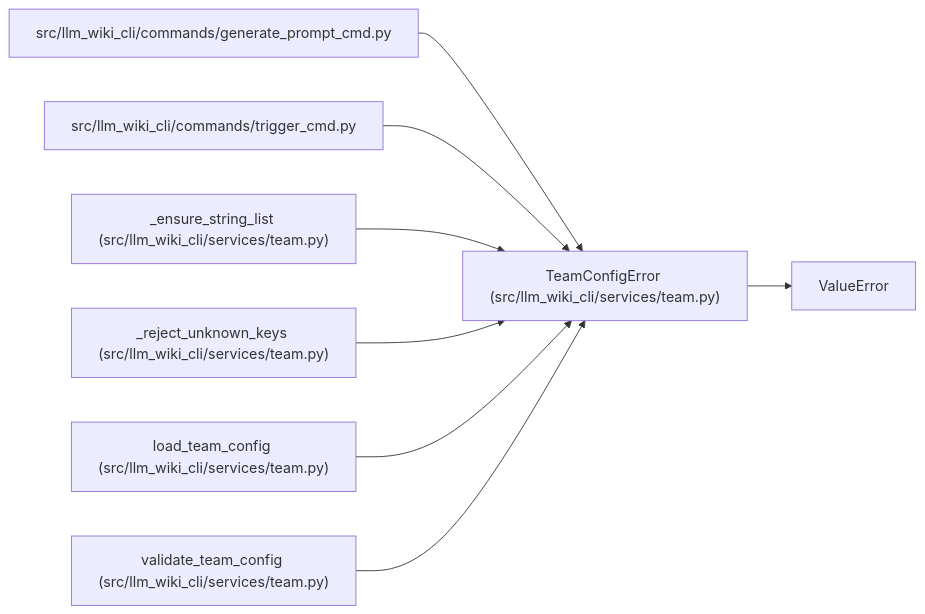
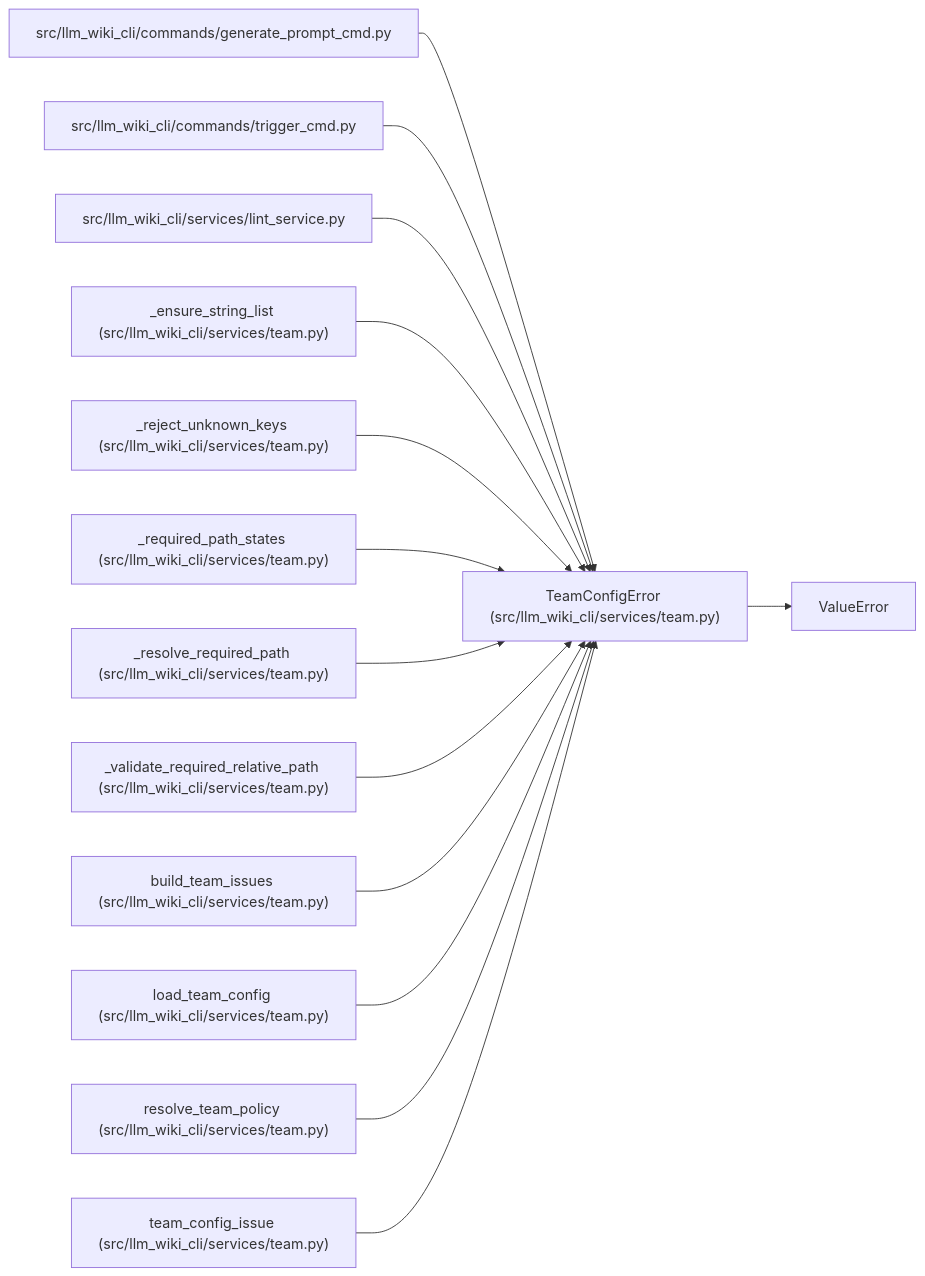
One commit to Denissvgn/python-wiki-llm changed the diagram in docs/llm_wiki/entities/TeamConfigError.md. Above: the diagram before and after it, drawn with Mermaid. The commit also changed other lines of this file and 240 other files, not shown here.

````diff
--- a/docs/llm_wiki/entities/TeamConfigError.md
+++ b/docs/llm_wiki/entities/TeamConfigError.md
@@ -23,25 +23,43 @@
 ```mermaid
 flowchart LR
     n0["TeamConfigError (src/llm_wiki_cli/services/team.py)"]
     n1["ValueError"]
     n2["src/llm_wiki_cli/commands/generate_prompt_cmd.py"]
     n3["src/llm_wiki_cli/commands/trigger_cmd.py"]
-    n4["_ensure_string_list (src/llm_wiki_cli/services/team.py)"]
-    n5["_reject_unknown_keys (src/llm_wiki_cli/services/team.py)"]
-    n6["load_team_config (src/llm_wiki_cli/services/team.py)"]
-    n7["validate_team_config (src/llm_wiki_cli/services/team.py)"]
+    n4["src/llm_wiki_cli/services/lint_service.py"]
+    n5["_ensure_string_list (src/llm_wiki_cli/services/team.py)"]
+    n6["_reject_unknown_keys (src/llm_wiki_cli/services/team.py)"]
+    n7["_required_path_states (src/llm_wiki_cli/services/team.py)"]
+    n8["_resolve_required_path (src/llm_wiki_cli/services/team.py)"]
+    n9["_validate_required_relative_path (src/llm_wiki_cli/services/team.py)"]
+    n10["build_team_issues (src/llm_wiki_cli/services/team.py)"]
+    n11["load_team_config (src/llm_wiki_cli/services/team.py)"]
+    n12["resolve_team_policy (src/llm_wiki_cli/services/team.py)"]
+    n13["team_config_issue (src/llm_wiki_cli/services/team.py)"]
     n0 --> n1
     n2 --> n0
     n3 --> n0
     n4 --> n0
     n5 --> n0
     n6 --> n0
     n7 --> n0
+    n8 --> n0
+    n9 --> n0
+    n10 --> n0
+    n11 --> n0
+    n12 --> n0
+    n13 --> n0
     click n0 "../modules/team.md"
     click n2 "../modules/generate_prompt_cmd.md"
     click n3 "../modules/trigger_cmd.md"
-    click n4 "../modules/team.md"
+    click n4 "../modules/lint_service.md"
     click n5 "../modules/team.md"
     click n6 "../modules/team.md"
     click n7 "../modules/team.md"
+    click n8 "../modules/team.md"
+    click n9 "../modules/team.md"
+    click n10 "../modules/team.md"
+    click n11 "../modules/team.md"
+    click n12 "../modules/team.md"
+    click n13 "../modules/team.md"
 ```
````
